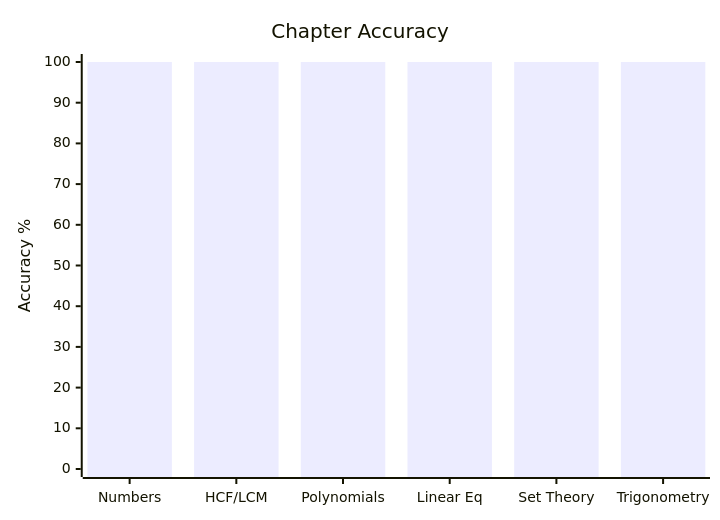
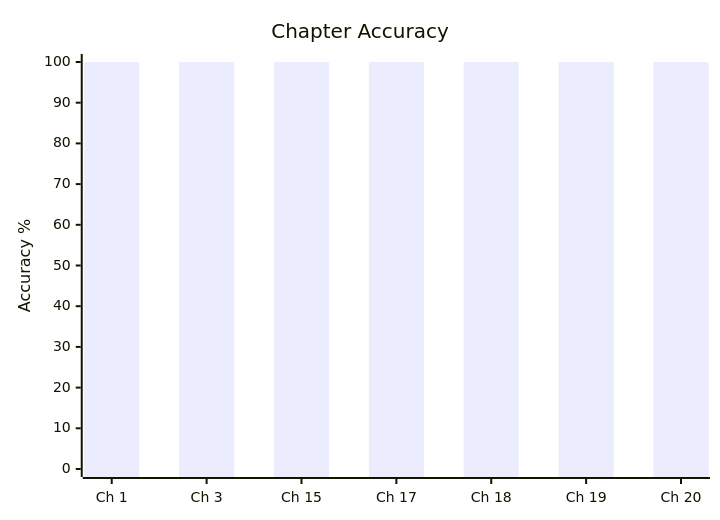
Before and after one commit to skc-coder/SAGE: the first of 2 diagrams in content/cds/math/math_overview.md, drawn with Mermaid. The commit also changed other lines of this file and 2 other files, not shown here.

Commit message:
fix(sage): add chapter numbers to topic list and relocate chapter 18 file to content/cds/math/notes/quadratic_equations.md

````diff
--- a/content/cds/math/math_overview.md
+++ b/content/cds/math/math_overview.md
@@ -21,7 +22,7 @@
 ```mermaid
 xychart-beta
     title "Chapter Accuracy"
-    x-axis ["Numbers", "HCF/LCM", "Polynomials", "Linear Eq", "Set Theory", "Trigonometry"]
+    x-axis ["Ch 1", "Ch 3", "Ch 15", "Ch 17", "Ch 18", "Ch 19", "Ch 20"]
     y-axis "Accuracy %" 0 --> 100
-    bar [100, 100, 100, 100, 100, 100]
+    bar [100, 100, 100, 100, 100, 100, 100]
 ```
````
